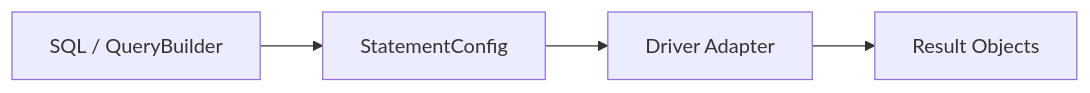
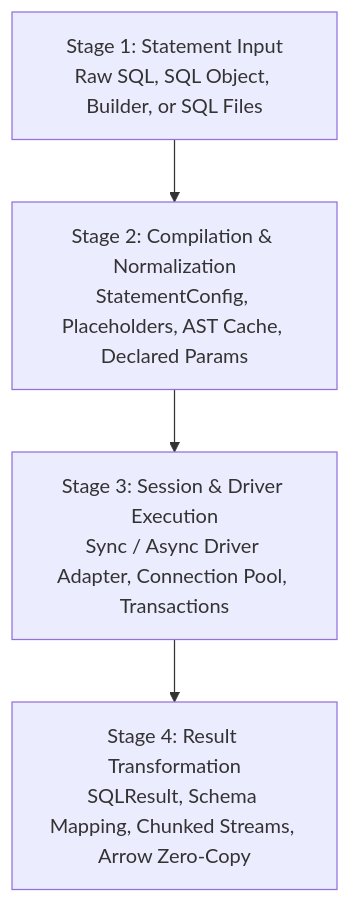
One commit to litestar-org/sqlspec changed the diagram in docs/usage/data_flow.rst. Above: the diagram before and after it, drawn with Mermaid. The commit also changed other lines of this file and 125 other files, not shown here.

```diff
--- a/docs/usage/data_flow.rst
+++ b/docs/usage/data_flow.rst
@@ -11,6 +13,6 @@
 .. mermaid::
 
-   flowchart LR
-     A[SQL / QueryBuilder] --> B[StatementConfig]
-     B --> C[Driver Adapter]
-     C --> D[Result Objects]
+   flowchart TD
+     A[Stage 1: Statement Input<br/>Raw SQL, SQL Object, Builder, or SQL Files] --> B[Stage 2: Compilation & Normalization<br/>StatementConfig, Placeholders, AST Cache, Declared Params]
+     B --> C[Stage 3: Session & Driver Execution<br/>Sync / Async Driver Adapter, Connection Pool, Transactions]
+     C --> D[Stage 4: Result Transformation<br/>SQLResult, Schema Mapping, Chunked Streams, Arrow Zero-Copy]
```
